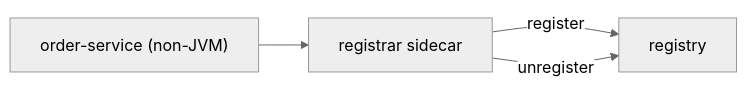
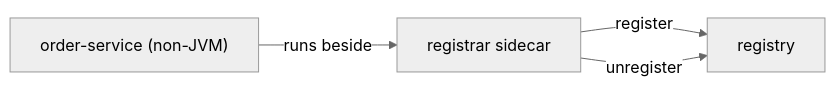
Before and after one commit to vinayakuber/microservices-io-study-guide: the ninth of 12 diagrams in docs/ch08-third-party-registration.md, drawn with Mermaid (neutral theme). The commit also changed other lines of this file and 71 other files, not shown here.

First line of the commit message:
R18: label every diagram arrow with its meaning

````diff
--- a/docs/ch08-third-party-registration.md
+++ b/docs/ch08-third-party-registration.md
@@ -296,6 +296,6 @@
 ```mermaid
 flowchart LR
-  SVC["order-service (non-JVM)"] --> RGR["registrar sidecar"]
+  SVC["order-service (non-JVM)"] -->|"runs beside"| RGR["registrar sidecar"]
   RGR -->|"register"| REG["registry"]
   RGR -->|"unregister"| REG
 ```
````
